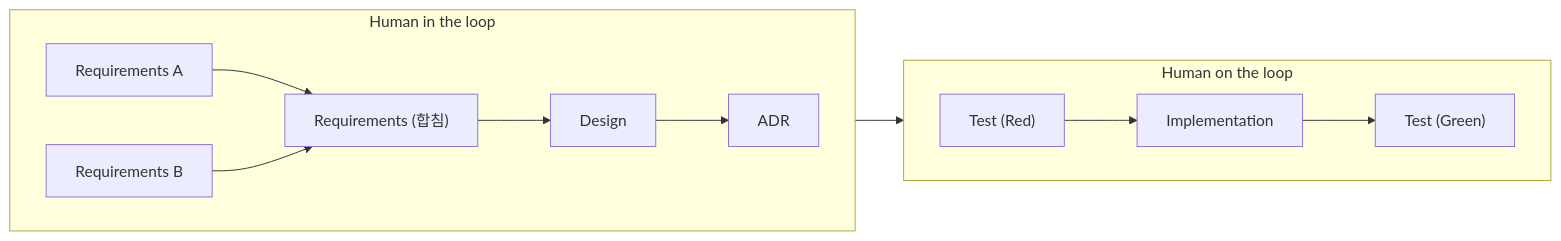
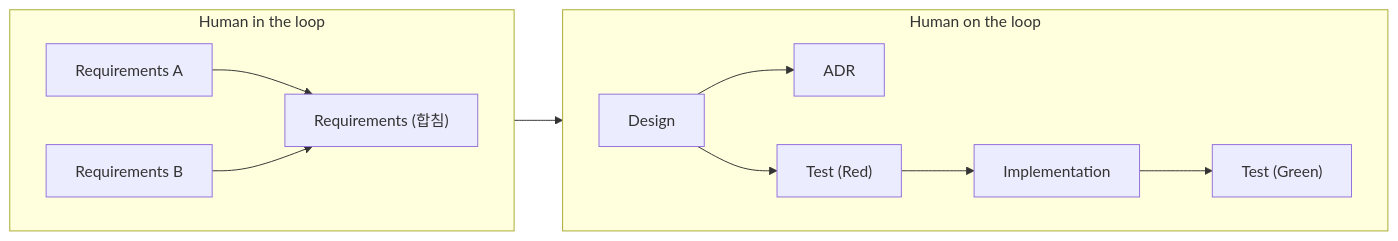
The diagram in README.md (krafton-jungle-week11-12-team/mini-react), drawn with Mermaid before and after one commit. The commit also changed other lines of this file, not shown here.

Commit message:
docs: README 워크플로우에서 요구사항만 Human in the loop로 두기
Claude-Session: https://claude.ai/code/session_01JhasjVPxobNxtWbFTAhiGJ

````diff
--- a/README.md
+++ b/README.md
@@ -29,18 +29,18 @@
 ```mermaid
 flowchart LR
     subgraph HITL["Human in the loop"]
         direction LR
         REQA["Requirements A"] --> REQ["Requirements (합침)"]
         REQB["Requirements B"] --> REQ
-        REQ --> DES["Design"]
-        DES --> ADR["ADR"]
     end
 
     subgraph HOTL["Human on the loop"]
         direction LR
-        RED["Test (Red)"] --> IMPL["Implementation"]
+        DES["Design"] --> ADR["ADR"]
+        DES --> RED["Test (Red)"]
+        RED --> IMPL["Implementation"]
         IMPL --> GREEN["Test (Green)"]
     end
 
-    DES --> RED
+    REQ --> DES
 ```
````
